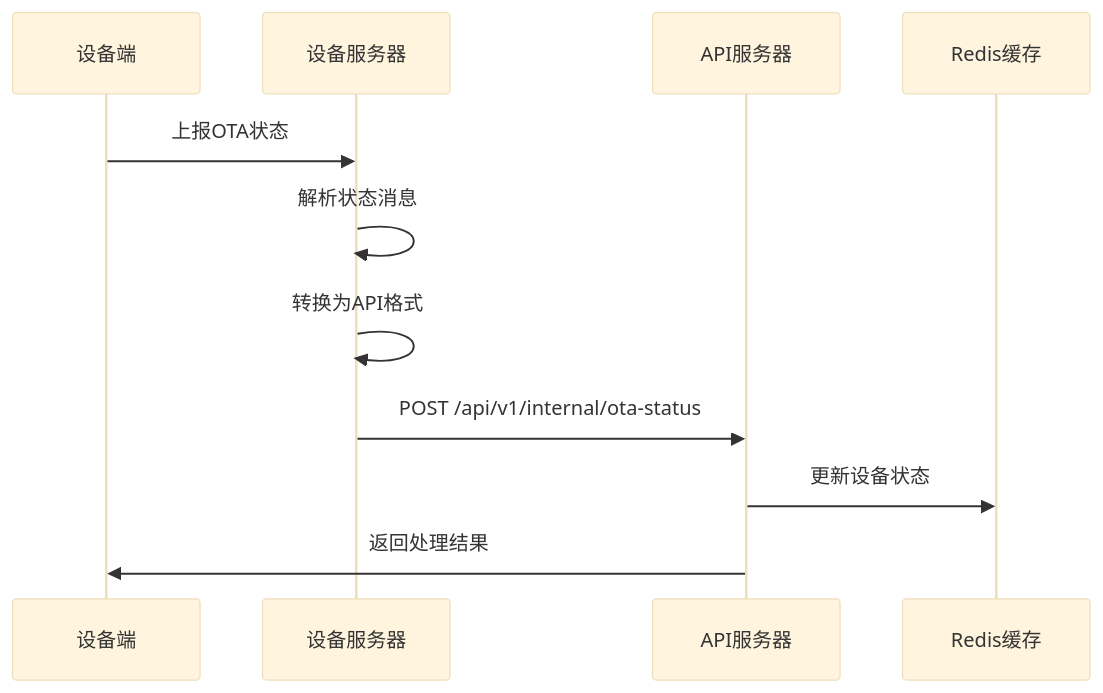
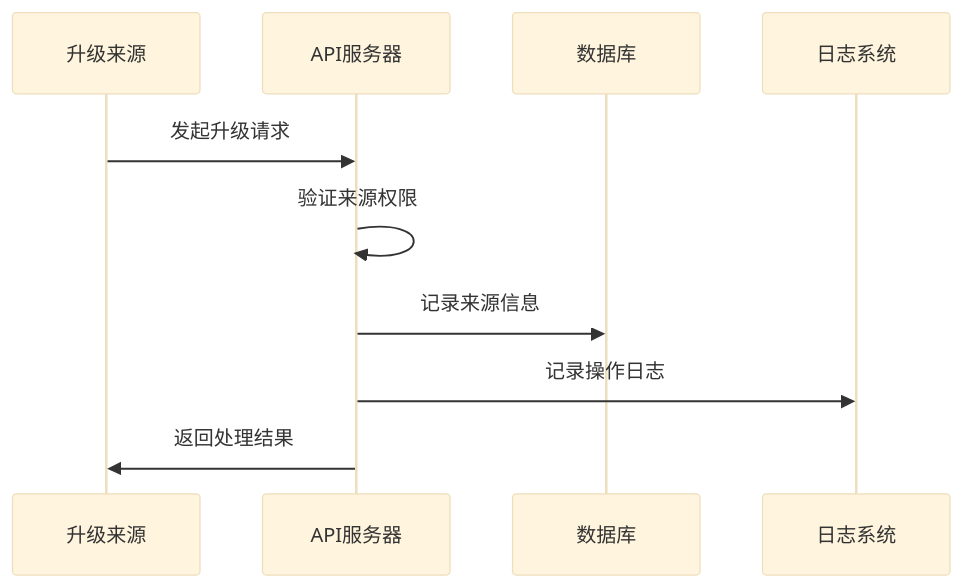
The eighth of 14 diagrams in .qoder/repowiki/zh/content/OTA升级系统/OTA升级系统.md (mcmrzy/cs_inv_monitor-develop), drawn with Mermaid (base theme) before and after one commit. The commit also changed other lines of this file and 28 other files, not shown here.

````diff
--- a/.qoder/repowiki/zh/content/OTA升级系统/OTA升级系统.md
+++ b/.qoder/repowiki/zh/content/OTA升级系统/OTA升级系统.md
@@ -406,13 +424,12 @@
 ```mermaid
 sequenceDiagram
-participant Device as 设备端
-participant DevServer as 设备服务器
-participant APIServer as API服务器
-participant Redis as Redis缓存
-Device->>DevServer : 上报OTA状态
-DevServer->>DevServer : 解析状态消息
-DevServer->>DevServer : 转换为API格式
-DevServer->>APIServer : POST /api/v1/internal/ota-status
-APIServer->>Redis : 更新设备状态
-APIServer->>Device : 返回处理结果
+participant Source as 升级来源
+participant API as API服务器
+participant DB as 数据库
+participant Logger as 日志系统
+Source->>API : 发起升级请求
+API->>API : 验证来源权限
+API->>DB : 记录来源信息
+API->>Logger : 记录操作日志
+API->>Source : 返回处理结果
 ```
````
